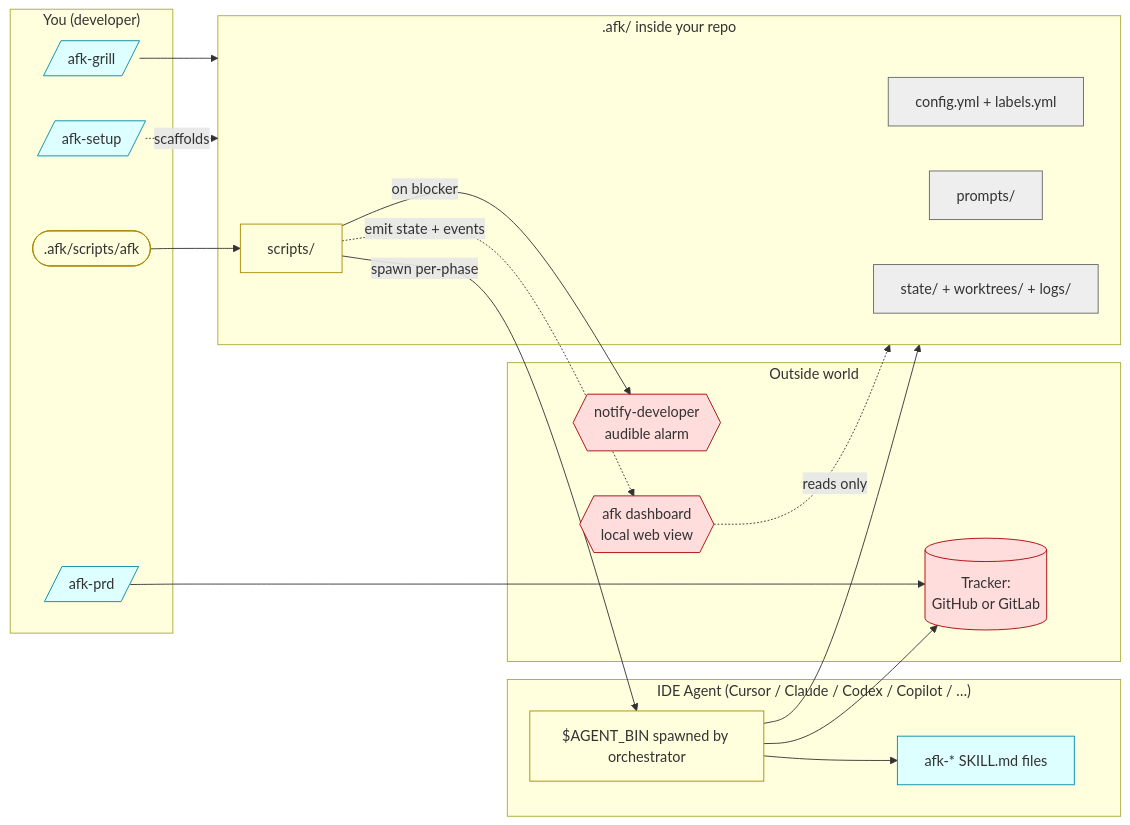
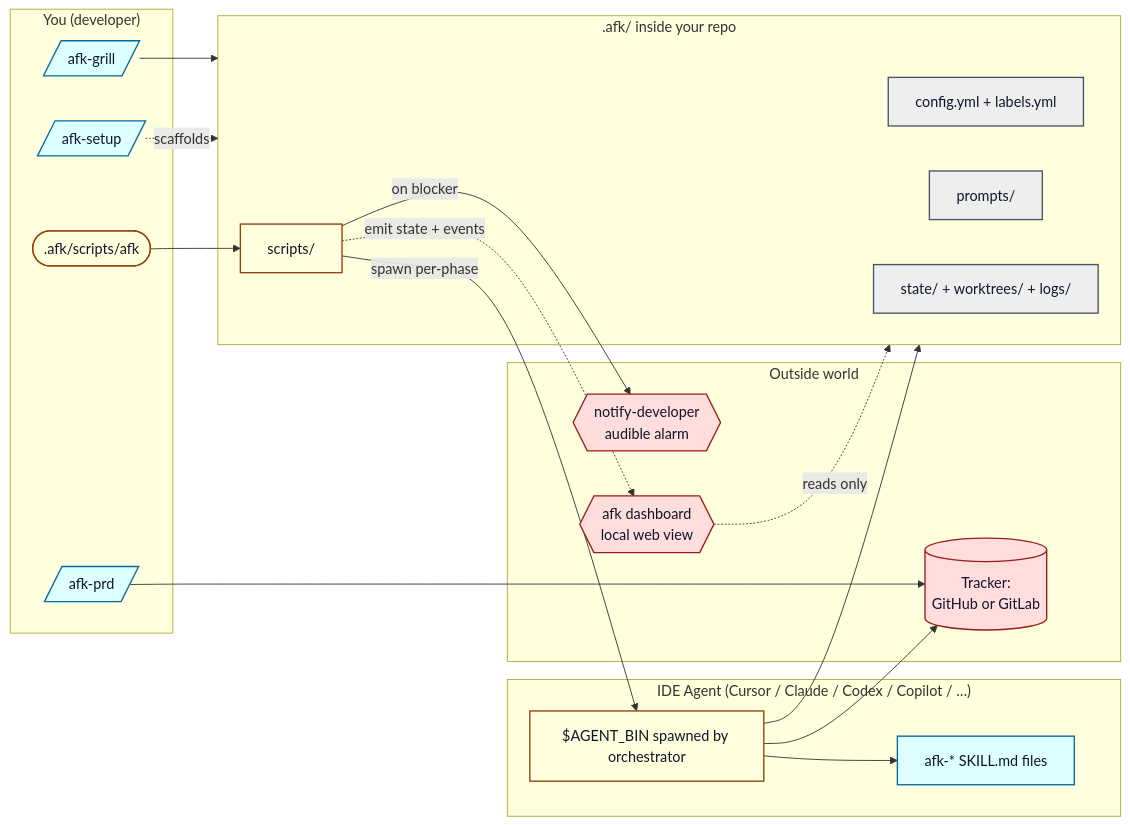
The first of 7 diagrams in docs/ARCHITECTURE.md (Mo-Tamim/afk-agent), drawn with Mermaid before and after one commit. The commit also changed other lines of this file and 4 other files, not shown here.

````diff
--- a/docs/ARCHITECTURE.md
+++ b/docs/ARCHITECTURE.md
@@ -8,44 +8,44 @@
 ```mermaid
 flowchart LR
   subgraph You["You (developer)"]
     G[/afk-grill/]:::skill
     P[/afk-prd/]:::skill
     S[/afk-setup/]:::skill
     CLI([.afk/scripts/afk]):::cli
   end
 
   subgraph Agent["IDE Agent (Cursor / Claude / Codex / Copilot / …)"]
     Skills[afk-* SKILL.md files]:::skill
     Runner[$AGENT_BIN spawned by orchestrator]:::cli
   end
 
   subgraph Repo[".afk/ inside your repo"]
     Cfg[config.yml + labels.yml]:::data
     Prompts[prompts/]:::data
     Scripts[scripts/]:::cli
     State[state/ + worktrees/ + logs/]:::data
   end
 
   subgraph Remote[Outside world]
     Tracker[(Tracker:\nGitHub or GitLab)]:::ext
     NotifyDev{{notify-developer\naudible alarm}}:::ext
     Dash{{afk dashboard\nlocal web view}}:::ext
   end
 
   G --> Repo
   P --> Tracker
   S -.scaffolds.-> Repo
   CLI --> Scripts
   Scripts -->|spawn per-phase| Runner
   Runner --> Skills
   Runner --> Tracker
   Runner --> Repo
   Scripts -->|on blocker| NotifyDev
   Scripts -.emit state + events.-> Dash
   Dash -.reads only.-> Repo
 
-  classDef skill fill:#dff,stroke:#08a;
-  classDef cli   fill:#ffd,stroke:#a80;
-  classDef data  fill:#eee,stroke:#666;
-  classDef ext   fill:#fdd,stroke:#a00;
+  classDef skill fill:#dff,stroke:#0369a1,color:#0f172a,stroke-width:1.5px;
+  classDef cli   fill:#ffd,stroke:#92400e,color:#0f172a,stroke-width:1.5px;
+  classDef data  fill:#eee,stroke:#475569,color:#0f172a,stroke-width:1.5px;
+  classDef ext   fill:#fdd,stroke:#991b1b,color:#0f172a,stroke-width:1.5px;
 ```
````
